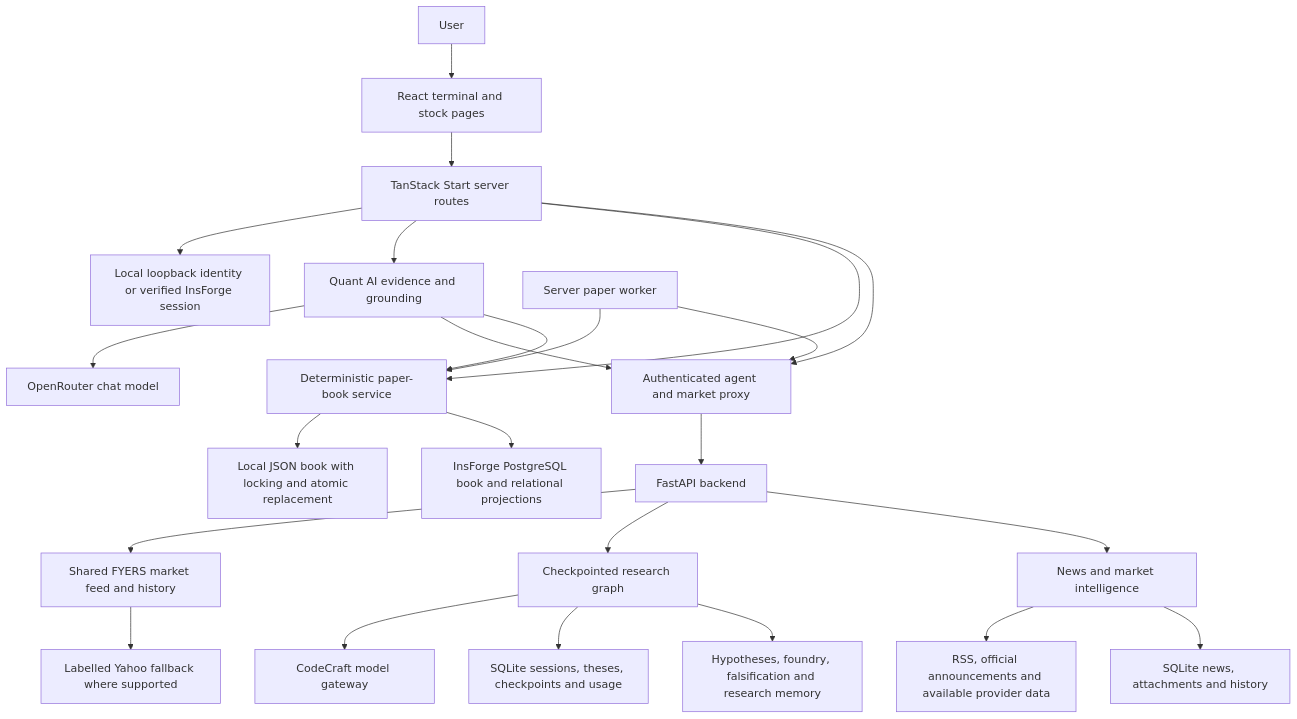
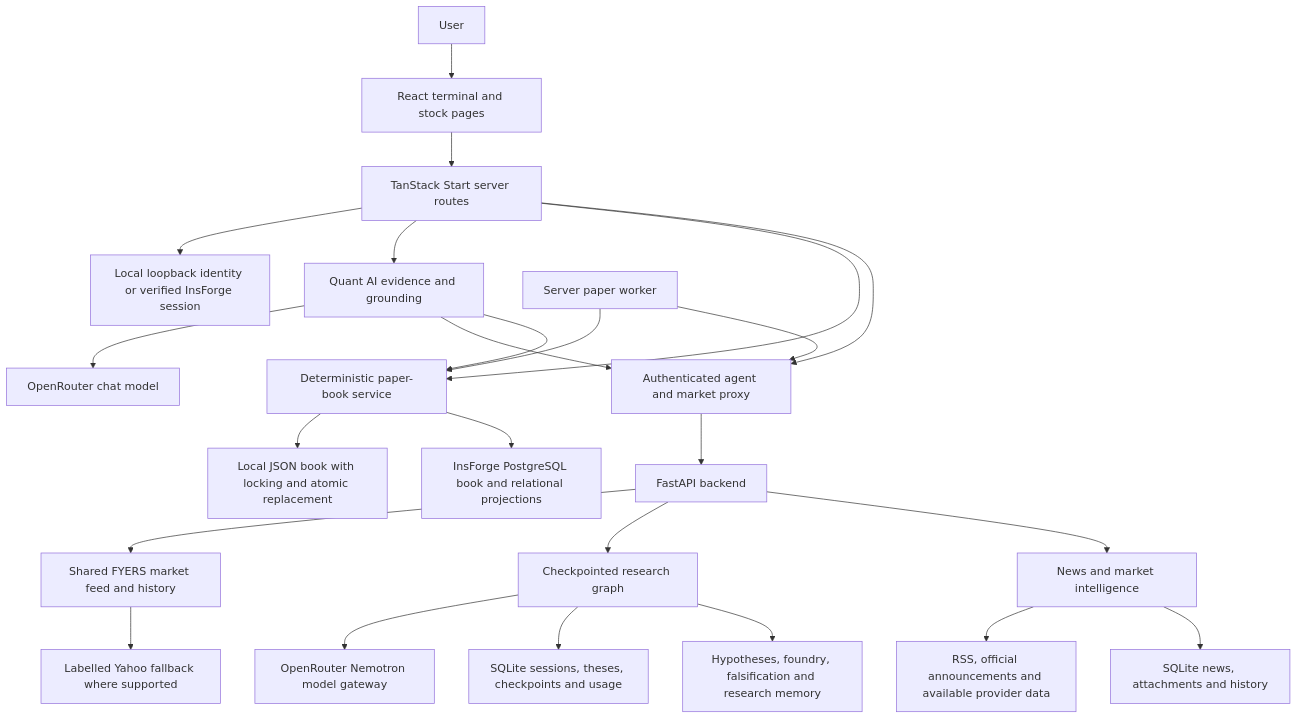
The first of 5 diagrams in PROJECT_PRESENTATION.md (ronie0012/Quant-Plus), drawn with Mermaid before and after one commit. The commit also changed other lines of this file and 119 other files, not shown here.

````diff
--- a/PROJECT_PRESENTATION.md
+++ b/PROJECT_PRESENTATION.md
@@ -174,26 +174,26 @@
 ```mermaid
 flowchart TB
     User[User] --> UI[React terminal and stock pages]
     UI --> Web[TanStack Start server routes]
     Web --> Auth[Local loopback identity or verified InsForge session]
     Web --> Chat[Quant AI evidence and grounding]
     Web --> Book[Deterministic paper-book service]
     Web --> Proxy[Authenticated agent and market proxy]
     Chat --> OR[OpenRouter chat model]
     Chat --> Proxy
     Chat --> Book
     Proxy --> API[FastAPI backend]
     API --> Feed[Shared FYERS market feed and history]
     API --> Research[Checkpointed research graph]
     API --> Intel[News and market intelligence]
     Feed --> Yahoo[Labelled Yahoo fallback where supported]
-    Research --> Gateway[CodeCraft model gateway]
+    Research --> Gateway[OpenRouter Nemotron model gateway]
     Research --> ResearchDB[SQLite sessions, theses, checkpoints and usage]
     Research --> RnD[Hypotheses, foundry, falsification and research memory]
     Intel --> Sources[RSS, official announcements and available provider data]
     Intel --> Archive[SQLite news, attachments and history]
     Book --> Local[Local JSON book with locking and atomic replacement]
     Book --> Hosted[InsForge PostgreSQL book and relational projections]
     Worker[Server paper worker] --> Book
     Worker --> Proxy
 ```
````
